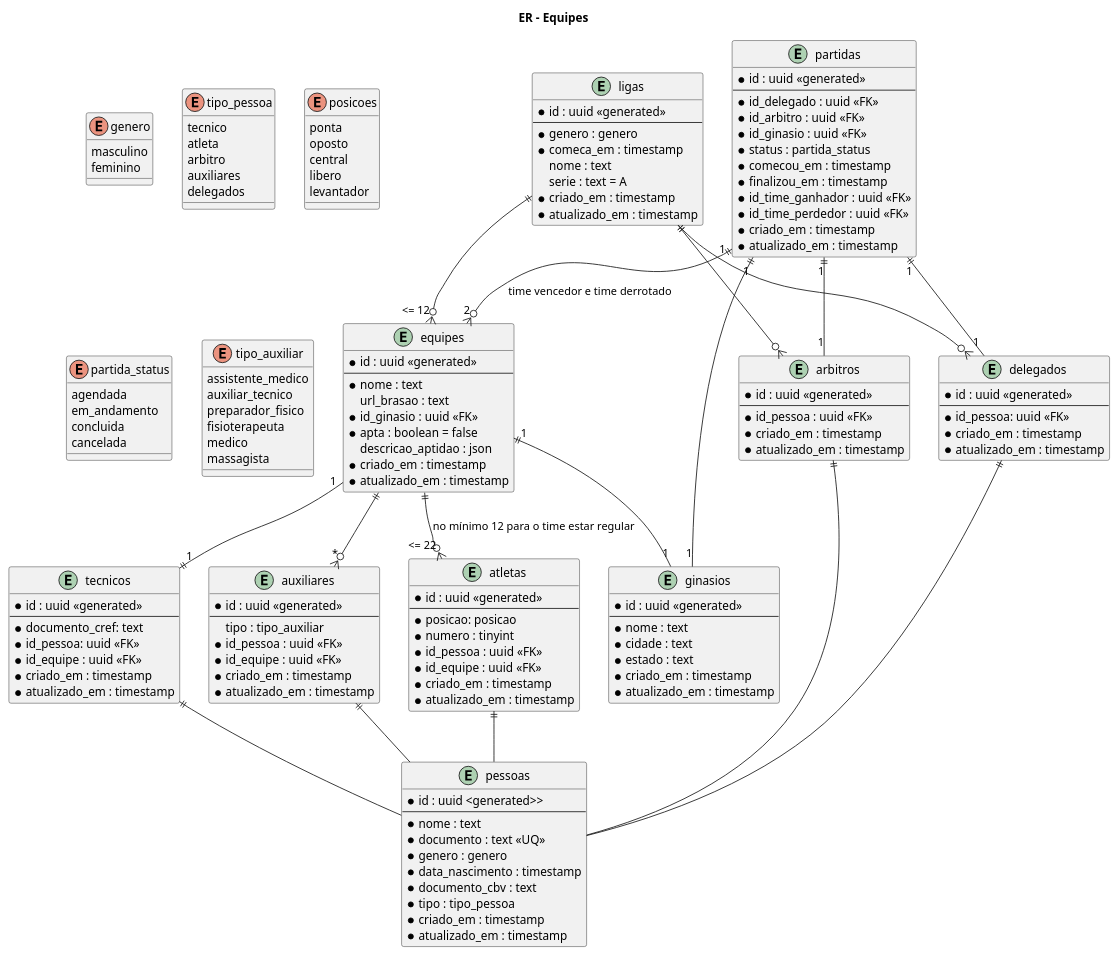
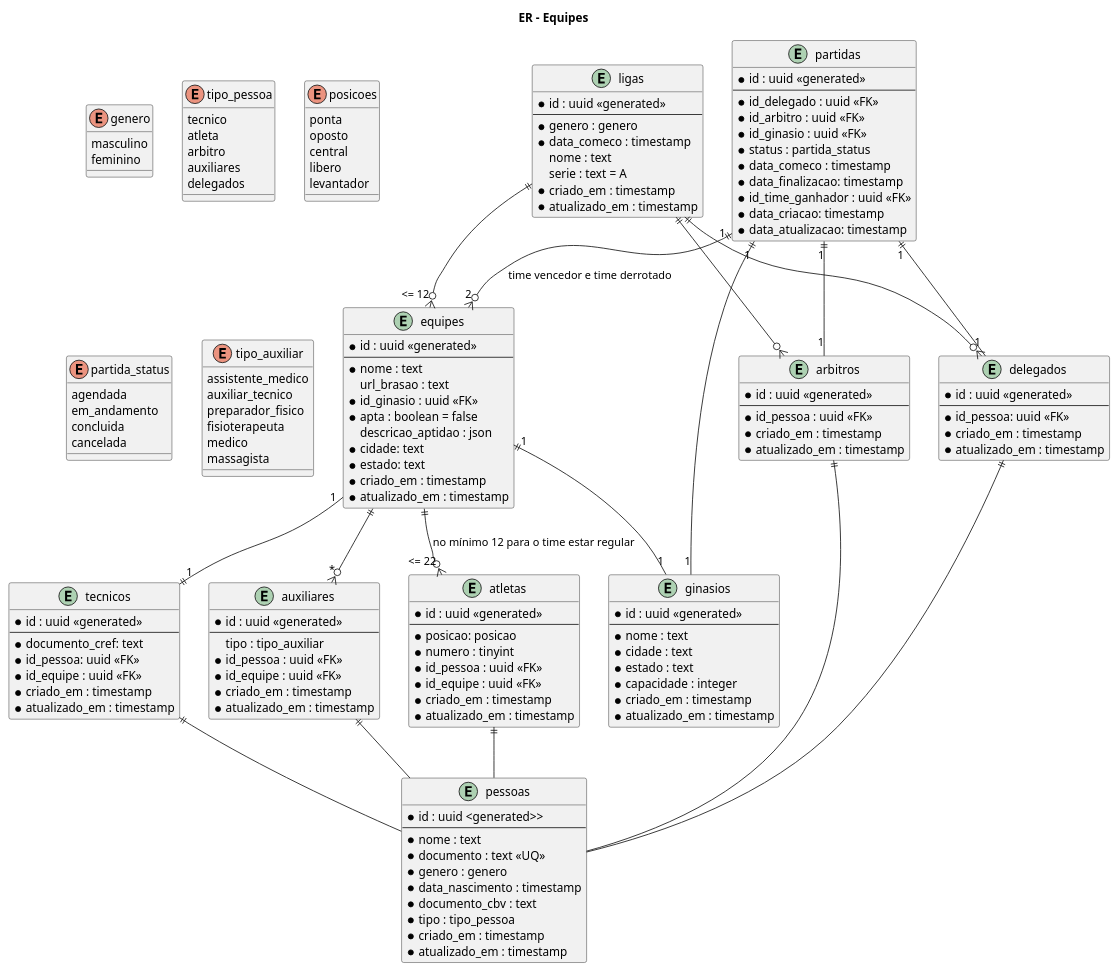
The diagram in documentarion/volei.puml (josecleiton/volleyball-api), drawn with PlantUML before and after one commit. The commit also changed 2 other files, not shown here.

```diff
--- a/documentarion/volei.puml
+++ b/documentarion/volei.puml
@@ -1,169 +1,171 @@
 @startuml er
 title ER - Equipes
 
 enum genero{
 	masculino
 	feminino
 }
 
 entity ligas {
 	* id : uuid <<generated>>
 	--
 	* genero : genero
-	* comeca_em : timestamp
+	* data_comeco : timestamp
 	nome : text
 	serie : text = A
 	* criado_em : timestamp
 	* atualizado_em : timestamp
 }
 
 entity equipes {
 	* id : uuid <<generated>>
 	--
 	* nome : text
 	url_brasao : text
 	* id_ginasio : uuid <<FK>>  
 	* apta : boolean = false
 	descricao_aptidao : json
+	* cidade: text
+	* estado: text
 	'min 12 per tournament'
 	'max 22 per tounament'
 	* criado_em : timestamp
 	* atualizado_em : timestamp
 }
 
 entity ginasios {
 	* id : uuid <<generated>>
 	--
 	* nome : text
 	* cidade : text
 	* estado : text
+	* capacidade : integer
 	* criado_em : timestamp
 	* atualizado_em : timestamp
 }
 
 enum tipo_pessoa {
 	tecnico 
 	atleta
 	arbitro
 	auxiliares
 	delegados
 }
 
 entity pessoas {
 	* id : uuid <generated>>
 	--
 	* nome : text
 	* documento : text <<UQ>>
 	* genero : genero
 	* data_nascimento : timestamp
 	* documento_cbv : text
 	* tipo : tipo_pessoa
 	* criado_em : timestamp
 	* atualizado_em : timestamp
 }
 
 enum posicoes {
 	ponta
 	oposto
 	central
 	libero
 	levantador
 }
 
 enum partida_status {
 	agendada
 	em_andamento
 	concluida
 	cancelada
 }
 
 entity atletas{
 	* id : uuid <<generated>>
 	--
 	* posicao: posicao
 	* numero : tinyint
 	* id_pessoa : uuid <<FK>>
 	* id_equipe : uuid <<FK>>
 	* criado_em : timestamp
 	* atualizado_em : timestamp
 }
 
 entity tecnicos{
 	* id : uuid <<generated>>
 	--
 	* documento_cref: text
 	* id_pessoa: uuid <<FK>>
 	* id_equipe : uuid <<FK>>
 	* criado_em : timestamp
 	* atualizado_em : timestamp
 }
 
 entity arbitros {
 	* id : uuid <<generated>>
 	--
 	* id_pessoa : uuid <<FK>>
 	* criado_em : timestamp
 	* atualizado_em : timestamp
 }
 
 enum tipo_auxiliar {
 	assistente_medico
 	auxiliar_tecnico
 	preparador_fisico
 	fisioterapeuta
 	medico
 	massagista
 }
 
 entity auxiliares {
 	* id : uuid <<generated>>
 	--
 	tipo : tipo_auxiliar
 	* id_pessoa : uuid <<FK>>
 	* id_equipe : uuid <<FK>>
 	* criado_em : timestamp
 	* atualizado_em : timestamp
 }
 
 entity delegados {
 	* id : uuid <<generated>>
 	--
 	* id_pessoa: uuid <<FK>>
 	* criado_em : timestamp
 	* atualizado_em : timestamp
 }
 
 entity partidas {
 	* id : uuid <<generated>>
 	--
 	* id_delegado : uuid <<FK>>
 	* id_arbitro : uuid <<FK>>
 	* id_ginasio : uuid <<FK>>
 	* status : partida_status
-	* comecou_em : timestamp
-	* finalizou_em : timestamp
+	* data_comeco : timestamp
+	* data_finalizacao: timestamp
 	* id_time_ganhador : uuid <<FK>>
-	* id_time_perdedor : uuid <<FK>>
-	* criado_em : timestamp
-	* atualizado_em : timestamp
+	* data_criacao: timestamp
+	* data_atualizacao: timestamp
 }
 
 ligas ||--o{ "<= 12" equipes
 ligas ||--o{ arbitros
 ligas ||--o{ delegados
 equipes ||--o{ "<= 22" atletas : no mínimo 12 para o time estar regular
 equipes "1" --|| "1" tecnicos
 equipes ||--o{ "*" auxiliares
 equipes "1" ||-- "1" ginasios
 partidas "1" ||-- "1" arbitros
 partidas "1" ||-- "1" delegados
 partidas "1" ||-- "1" ginasios
 partidas "1" ||--o{ "2" equipes : time vencedor e time derrotado
 
 atletas ||-- pessoas
 tecnicos ||-- pessoas
 auxiliares ||-- pessoas
 arbitros ||-- pessoas
 delegados ||-- pessoas
 
 @enduml
```
